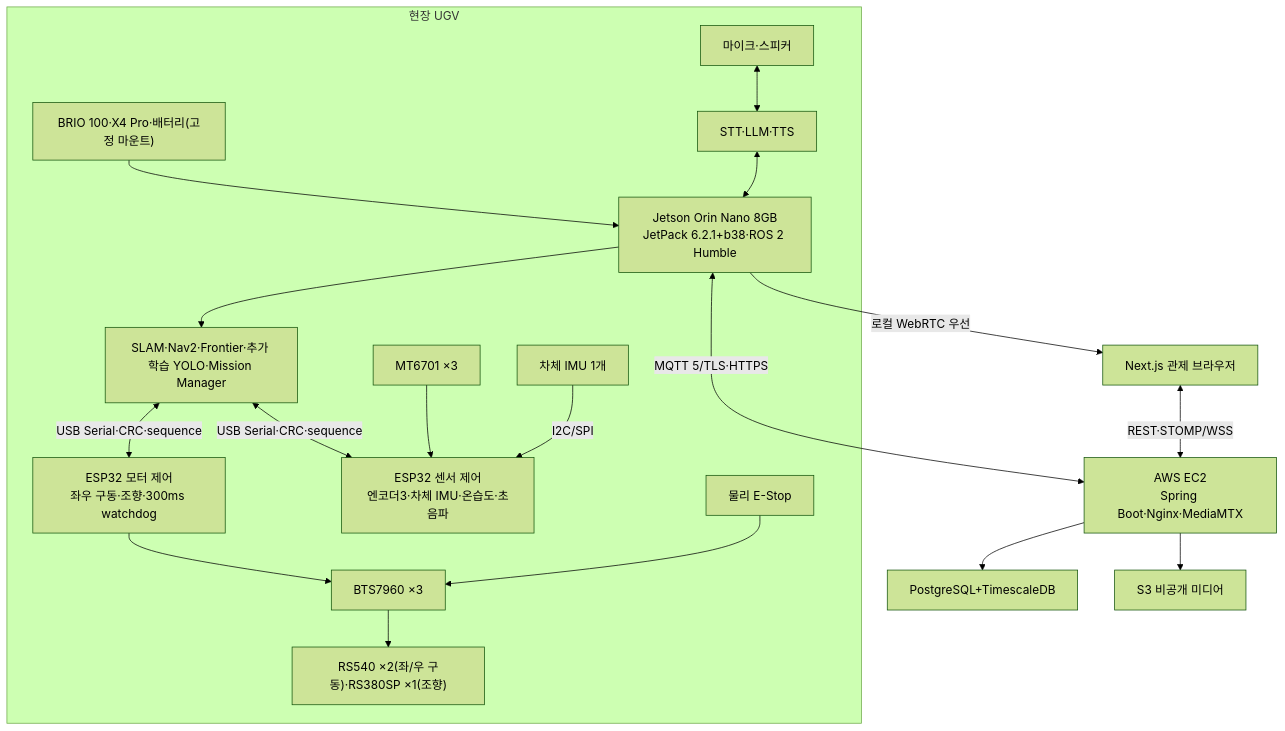
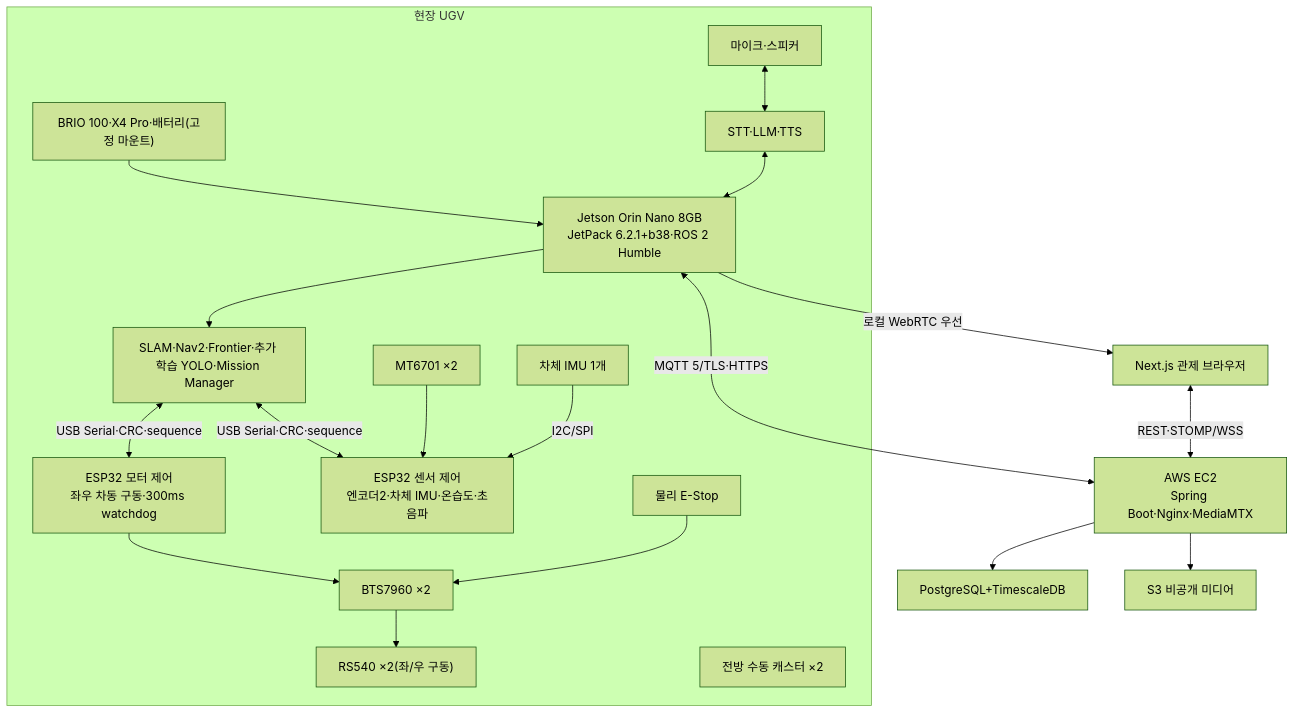
The diagram in docs/01-프로젝트-개요.md (Common-AIOT/Sentinel-UGV), drawn with Mermaid (forest theme) before and after one commit. The commit also changed other lines of this file and 25 other files, not shown here.

````diff
--- a/docs/01-프로젝트-개요.md
+++ b/docs/01-프로젝트-개요.md
@@ -179,21 +179,22 @@
 ```mermaid
 flowchart TB
     subgraph field["현장 UGV"]
         sensors["BRIO 100·X4 Pro·배터리(고정 마운트)"] --> jetson["Jetson Orin Nano 8GB\nJetPack 6.2.1+b38·ROS 2 Humble"]
         jetson --> autonomy["SLAM·Nav2·Frontier·추가 학습 YOLO·Mission Manager"]
         audio["마이크·스피커"] <--> voice["STT·LLM·TTS"]
         voice <--> jetson
-        autonomy <-->|"USB Serial·CRC·sequence"| esp32m["ESP32 모터 제어\n좌우 구동·조향·300ms watchdog"]
-        autonomy <-->|"USB Serial·CRC·sequence"| esp32s["ESP32 센서 제어\n엔코더3·차체 IMU·온습도·초음파"]
-        esp32m --> driver["BTS7960 ×3"]
-        driver --> motors["RS540 ×2(좌/우 구동)·RS380SP ×1(조향)"]
+        autonomy <-->|"USB Serial·CRC·sequence"| esp32m["ESP32 모터 제어\n좌우 차동 구동·300ms watchdog"]
+        autonomy <-->|"USB Serial·CRC·sequence"| esp32s["ESP32 센서 제어\n엔코더2·차체 IMU·온습도·초음파"]
+        esp32m --> driver["BTS7960 ×2"]
+        driver --> motors["RS540 ×2(좌/우 구동)"]
+        caster["전방 수동 캐스터 ×2"]
         estop["물리 E-Stop"] --> driver
-        enc["MT6701 ×3"] --> esp32s
+        enc["MT6701 ×2"] --> esp32s
         imu["차체 IMU 1개"] -->|"I2C/SPI"| esp32s
     end
     jetson <-->|"MQTT 5/TLS·HTTPS"| cloud["AWS EC2\nSpring Boot·Nginx·MediaMTX"]
     cloud --> db["PostgreSQL+TimescaleDB"]
     cloud --> s3["S3 비공개 미디어"]
     browser["Next.js 관제 브라우저"] <-->|"REST·STOMP/WSS"| cloud
     jetson -->|"로컬 WebRTC 우선"| browser
 ```
````
